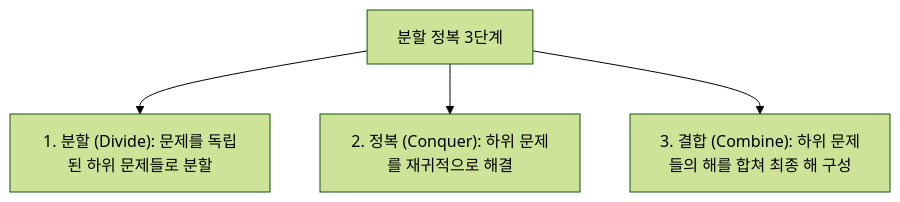
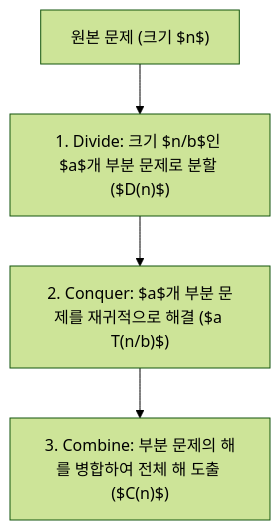
One commit to umyunsang/edu changed the diagram in ComputerScience/06_algorithms-graphics/algorithm-design-analysis/notes/05. 분할 정복 기법.md. Above: the diagram before and after it, drawn with Mermaid (forest theme). The commit also changed other lines of this file and 32 other files, not shown here.

````diff
--- a/ComputerScience/06_algorithms-graphics/algorithm-design-analysis/notes/05. 분할 정복 기법.md
+++ b/ComputerScience/06_algorithms-graphics/algorithm-design-analysis/notes/05. 분할 정복 기법.md
@@ -30,7 +33,6 @@
 ```mermaid
 flowchart TD
-    D["분할 정복 3단계"]
-    D --> S1["1. 분할 (Divide): 문제를 독립된 하위 문제들로 분할"]
-    D --> S2["2. 정복 (Conquer): 하위 문제를 재귀적으로 해결"]
-    D --> S3["3. 결합 (Combine): 하위 문제들의 해를 합쳐 최종 해 구성"]
+    P["원본 문제 (크기 $n$)"] --> DIV["1. Divide: 크기 $n/b$인 $a$개 부분 문제로 분할 ($D(n)$)"]
+    DIV --> C1["2. Conquer: $a$개 부분 문제를 재귀적으로 해결 ($a T(n/b)$)"]
+    C1 --> COMB["3. Combine: 부분 문제의 해를 병합하여 전체 해 도출 ($C(n)$)"]
 ```
````
